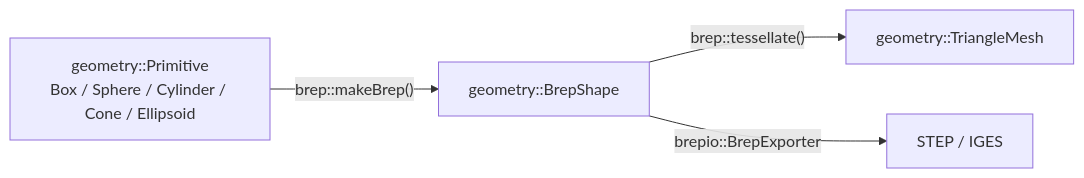
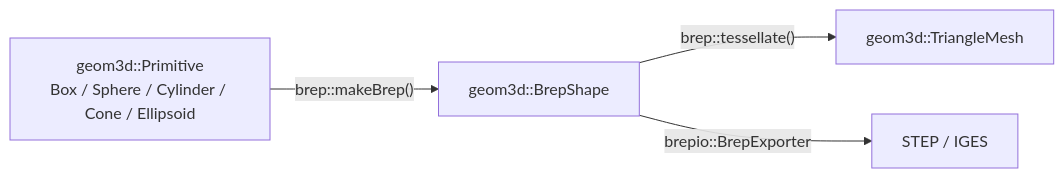
One commit to lonelyong/Vine changed the diagram in .ai/design/brep-operations.md. Above: the diagram before and after it, drawn with Mermaid. The commit also changed other lines of this file and 193 other files, not shown here.

First line of the commit message:
refactor(geometry)!: the module becomes geom3d, with geom2d beside it

````diff
--- a/.ai/design/brep-operations.md
+++ b/.ai/design/brep-operations.md
@@ -97,6 +97,6 @@
 ```mermaid
 flowchart LR
-    P["geometry::Primitive<br/>Box / Sphere / Cylinder / Cone / Ellipsoid"] -->|"brep::makeBrep()"| B["geometry::BrepShape"]
-    B -->|"brep::tessellate()"| M["geometry::TriangleMesh"]
+    P["geom3d::Primitive<br/>Box / Sphere / Cylinder / Cone / Ellipsoid"] -->|"brep::makeBrep()"| B["geom3d::BrepShape"]
+    B -->|"brep::tessellate()"| M["geom3d::TriangleMesh"]
     B -->|"brepio::BrepExporter"| F["STEP / IGES"]
 ```
````
